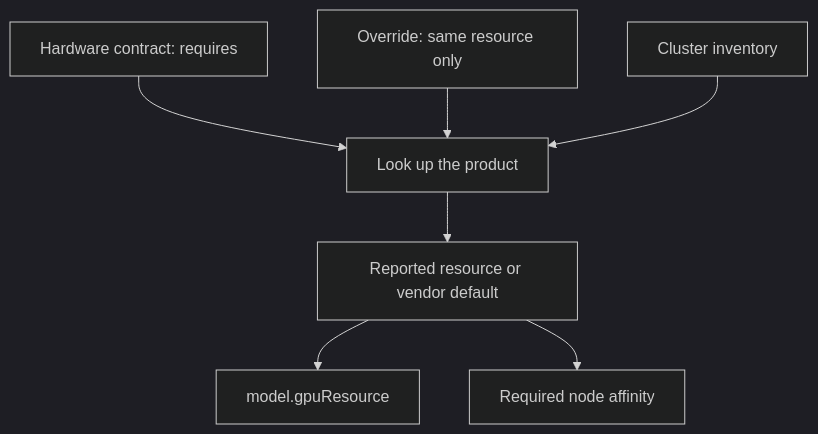
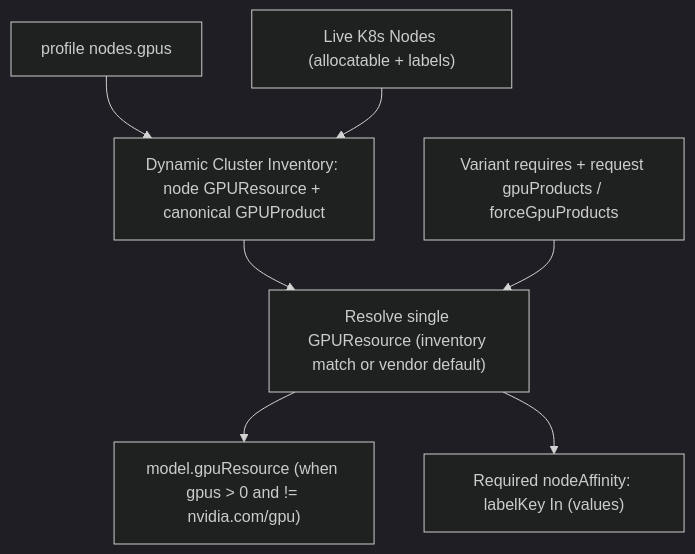
One commit to modelsphere/swiss changed the second of 2 diagrams in docs/architecture.md. Above: the diagram before and after it, drawn with Mermaid (dark theme). The commit also changed other lines of this file and 38 other files, not shown here.

````diff
--- a/docs/architecture.md
+++ b/docs/architecture.md
@@ -63,16 +146,17 @@
 ```mermaid
 flowchart TD
-  hw["Hardware contract: requires"]
-  over["Override: same resource only"]
-  inv["Cluster inventory"]
-  look["Look up the product"]
-  found["Reported resource or vendor default"]
-  res["model.gpuResource"]
-  pin["Required node affinity"]
-  hw --> look
-  over --> look
-  inv --> look
-  look --> found
-  found --> res
-  found --> pin
+  def["profile nodes.gpus"]
+  k8s["Live K8s Nodes (allocatable + labels)"]
+  inv["Dynamic Cluster Inventory: node GPUResource + canonical GPUProduct"]
+  req["Variant requires + request gpuProducts / forceGpuProducts"]
+  res["Resolve single GPUResource (inventory match or vendor default)"]
+  gpuRes["model.gpuResource (when gpus > 0 and != nvidia.com/gpu)"]
+  aff["Required nodeAffinity: labelKey In (values)"]
+
+  def --> inv
+  k8s --> inv
+  inv --> res
+  req --> res
+  res --> gpuRes
+  res --> aff
 ```
````
